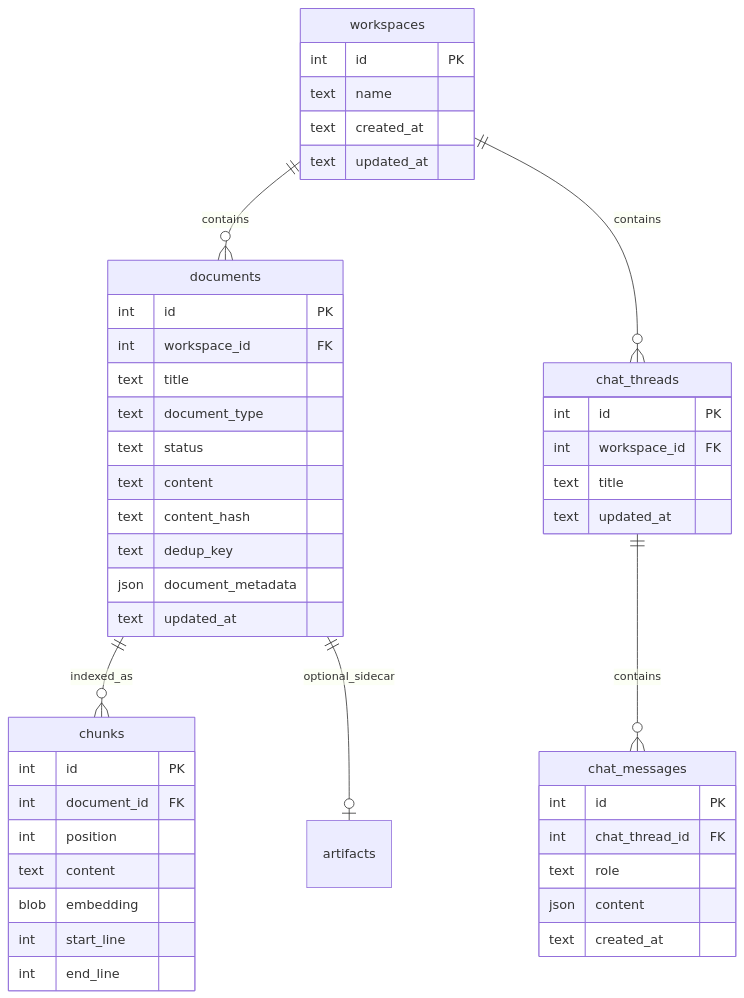
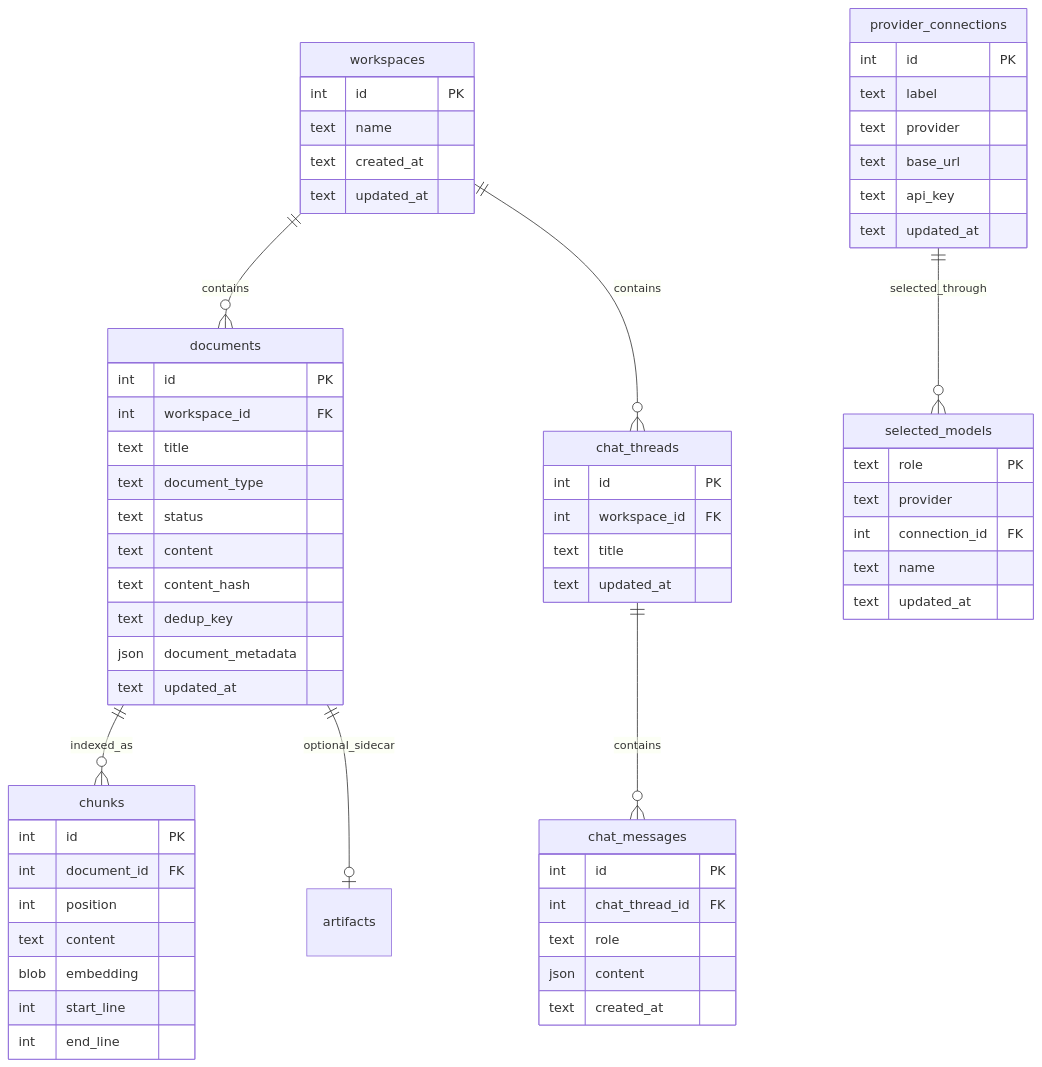
One commit to MODSetter/SurfSense changed the diagram in plans/community-local/00c-data-model.md. Above: the diagram before and after it, drawn with Mermaid. The commit also changed other lines of this file and 14 other files, not shown here.

````diff
--- a/plans/community-local/00c-data-model.md
+++ b/plans/community-local/00c-data-model.md
@@ -83,53 +83,71 @@
 ```mermaid
 erDiagram
   workspaces ||--o{ documents : contains
   workspaces ||--o{ chat_threads : contains
   documents ||--o{ chunks : indexed_as
   chat_threads ||--o{ chat_messages : contains
   documents ||--o| artifacts : optional_sidecar
+  provider_connections ||--o{ selected_models : selected_through
 
   workspaces {
     int id PK
     text name
     text created_at
     text updated_at
   }
 
   documents {
     int id PK
     int workspace_id FK
     text title
     text document_type
     text status
     text content
     text content_hash
     text dedup_key
     json document_metadata
     text updated_at
   }
 
   chunks {
     int id PK
     int document_id FK
     int position
     text content
     blob embedding
     int start_line
     int end_line
   }
 
   chat_threads {
     int id PK
     int workspace_id FK
     text title
     text updated_at
   }
 
   chat_messages {
     int id PK
     int chat_thread_id FK
     text role
     json content
     text created_at
   }
+
+  provider_connections {
+    int id PK
+    text label
+    text provider
+    text base_url
+    text api_key
+    text updated_at
+  }
+
+  selected_models {
+    text role PK
+    text provider
+    int connection_id FK
+    text name
+    text updated_at
+  }
 ```
````
